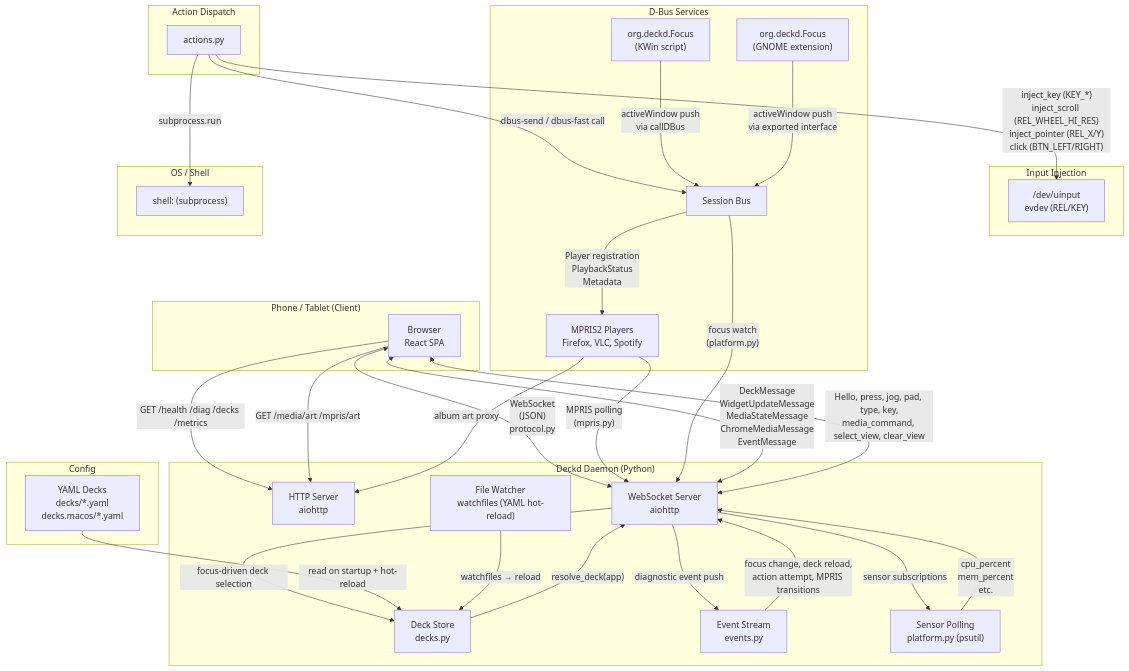
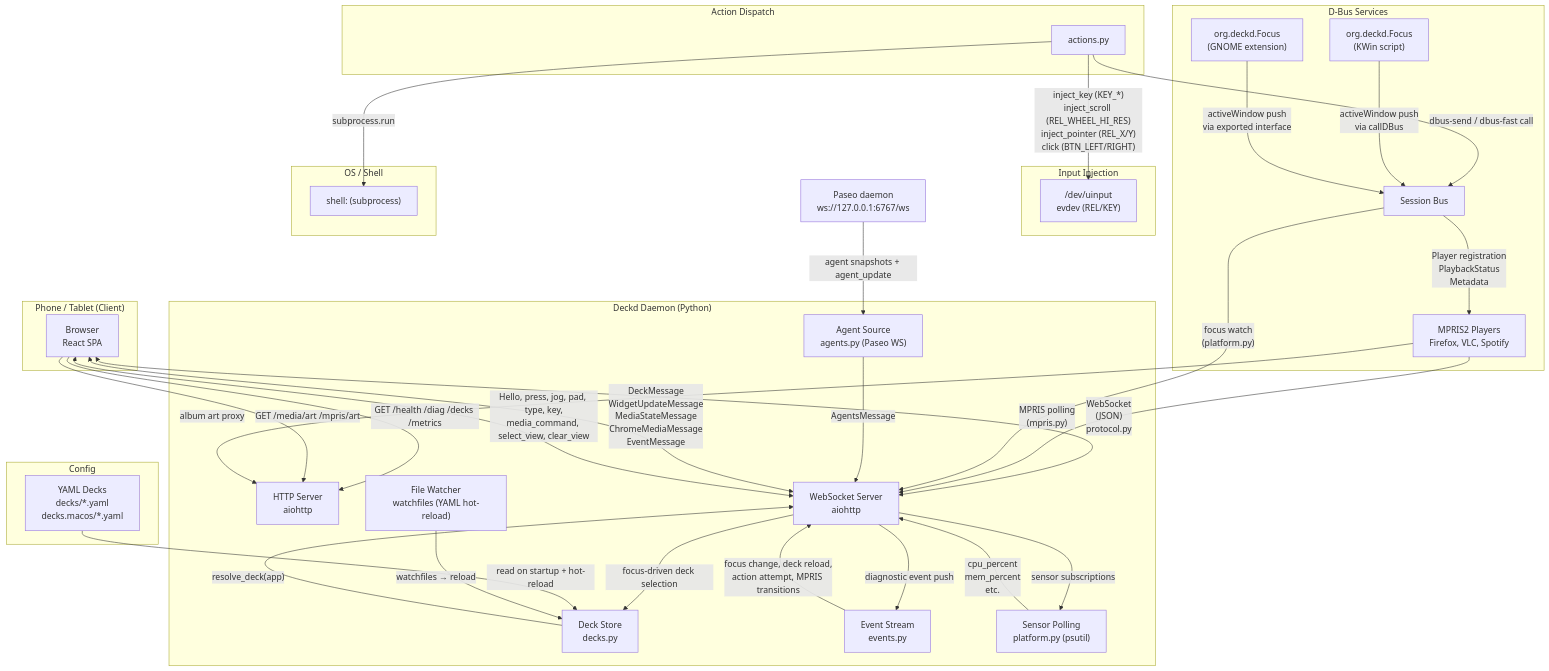
The diagram in docs/ARCHITECTURE.md (jonocodes/deckd), drawn with Mermaid before and after one commit. The commit also changed other lines of this file and 25 other files, not shown here.

First line of the commit message:
feat: view-only agent tiles fed by Paseo (#180)

````diff
--- a/docs/ARCHITECTURE.md
+++ b/docs/ARCHITECTURE.md
@@ -14,70 +14,73 @@
 ```mermaid
 graph TB
     subgraph "Phone / Tablet (Client)"
         BROWSER["Browser<br/>React SPA"]
     end
 
     subgraph "Deckd Daemon (Python)"
         HTTP["HTTP Server<br/>aiohttp"]
         WS["WebSocket Server<br/>aiohttp"]
         DECKS["Deck Store<br/>decks.py"]
         WATCHER["File Watcher<br/>watchfiles (YAML hot-reload)"]
         EVENTS["Event Stream<br/>events.py"]
         SENSORS["Sensor Polling<br/>platform.py (psutil)"]
+        AGENTS["Agent Source<br/>agents.py (Paseo WS)"]
     end
 
     subgraph "Action Dispatch"
         ACTIONS["actions.py"]
     end
 
     subgraph "Input Injection"
         UINPUT["/dev/uinput<br/>evdev (REL/KEY)"]
     end
 
     subgraph "D-Bus Services"
         DBUS_SESSION["Session Bus"]
         MPRIS["MPRIS2 Players<br/>Firefox, VLC, Spotify"]
         KDE_FOCUS["org.deckd.Focus<br/>(KWin script)"]
         GNOME_FOCUS["org.deckd.Focus<br/>(GNOME extension)"]
     end
 
     subgraph "OS / Shell"
         SHELL["shell: (subprocess)"]
     end
 
     subgraph "Config"
         YAML["YAML Decks<br/>decks/*.yaml<br/>decks.macos/*.yaml"]
     end
 
     BROWSER <-->|"WebSocket<br/>(JSON)<br/>protocol.py"| WS
     BROWSER -->|"GET /health /diag /decks /metrics"| HTTP
     BROWSER -->|"GET /media/art /mpris/art"| HTTP
 
     WS <-->|"DeckMessage<br/>WidgetUpdateMessage<br/>MediaStateMessage<br/>ChromeMediaMessage<br/>EventMessage"| BROWSER
     WS <-->|"Hello, press, jog, pad, type, key,<br/>media_command, select_view, clear_view"| BROWSER
 
     WS -->|"focus-driven deck selection"| DECKS
     WS -->|"sensor subscriptions"| SENSORS
     WS -->|"diagnostic event push"| EVENTS
 
     YAML -->|"read on startup + hot-reload"| DECKS
     WATCHER -->|"watchfiles → reload"| DECKS
 
     ACTIONS -->|"inject_key (KEY_*)<br/>inject_scroll (REL_WHEEL_HI_RES)<br/>inject_pointer (REL_X/Y)<br/>click (BTN_LEFT/RIGHT)"| UINPUT
 
     ACTIONS -->|"subprocess.run"| SHELL
     ACTIONS -->|"dbus-send / dbus-fast call"| DBUS_SESSION
 
     DECKS -->|"resolve_deck(app)"| WS
 
     DBUS_SESSION -->|"Player registration<br/>PlaybackStatus<br/>Metadata"| MPRIS
     MPRIS -->|"MPRIS polling<br/>(mpris.py)"| WS
     MPRIS -->|"album art proxy"| HTTP
 
     KDE_FOCUS -->|"activeWindow push<br/>via callDBus"| DBUS_SESSION
     GNOME_FOCUS -->|"activeWindow push<br/>via exported interface"| DBUS_SESSION
     DBUS_SESSION -->|"focus watch<br/>(platform.py)"| WS
 
     SENSORS -->|"cpu_percent<br/>mem_percent<br/>etc."| WS
     EVENTS -->|"focus change, deck reload,<br/>action attempt, MPRIS transitions"| WS
+    PASEO["Paseo daemon<br/>ws://127.0.0.1:6767/ws"] -->|"agent snapshots + agent_update"| AGENTS
+    AGENTS -->|"AgentsMessage"| WS
 ```
````
